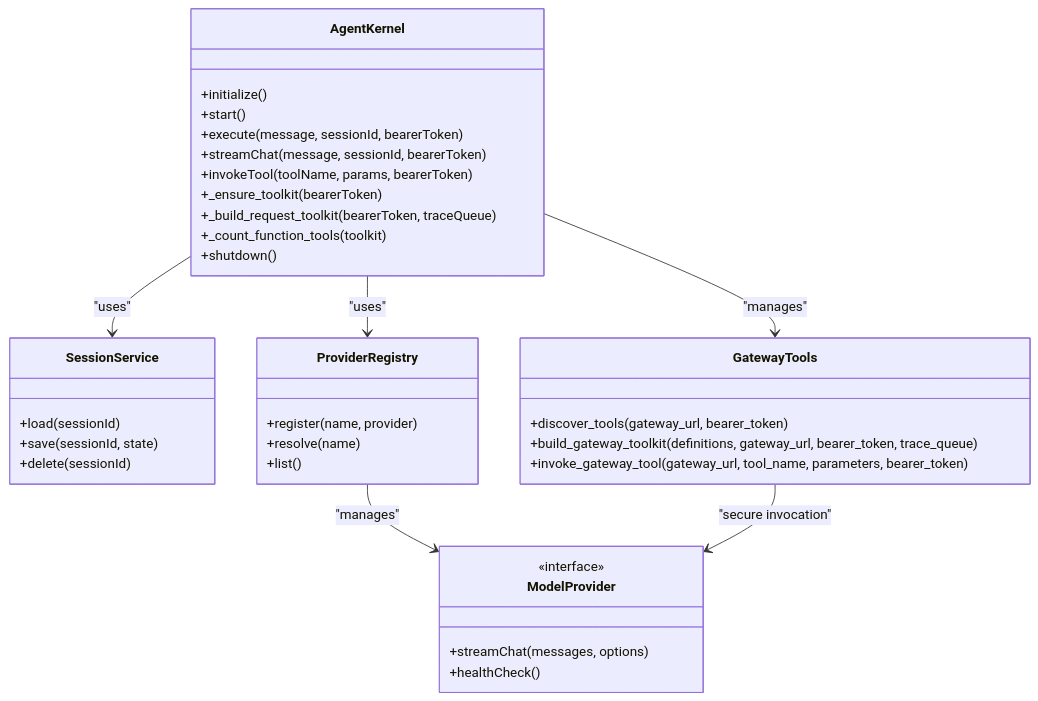
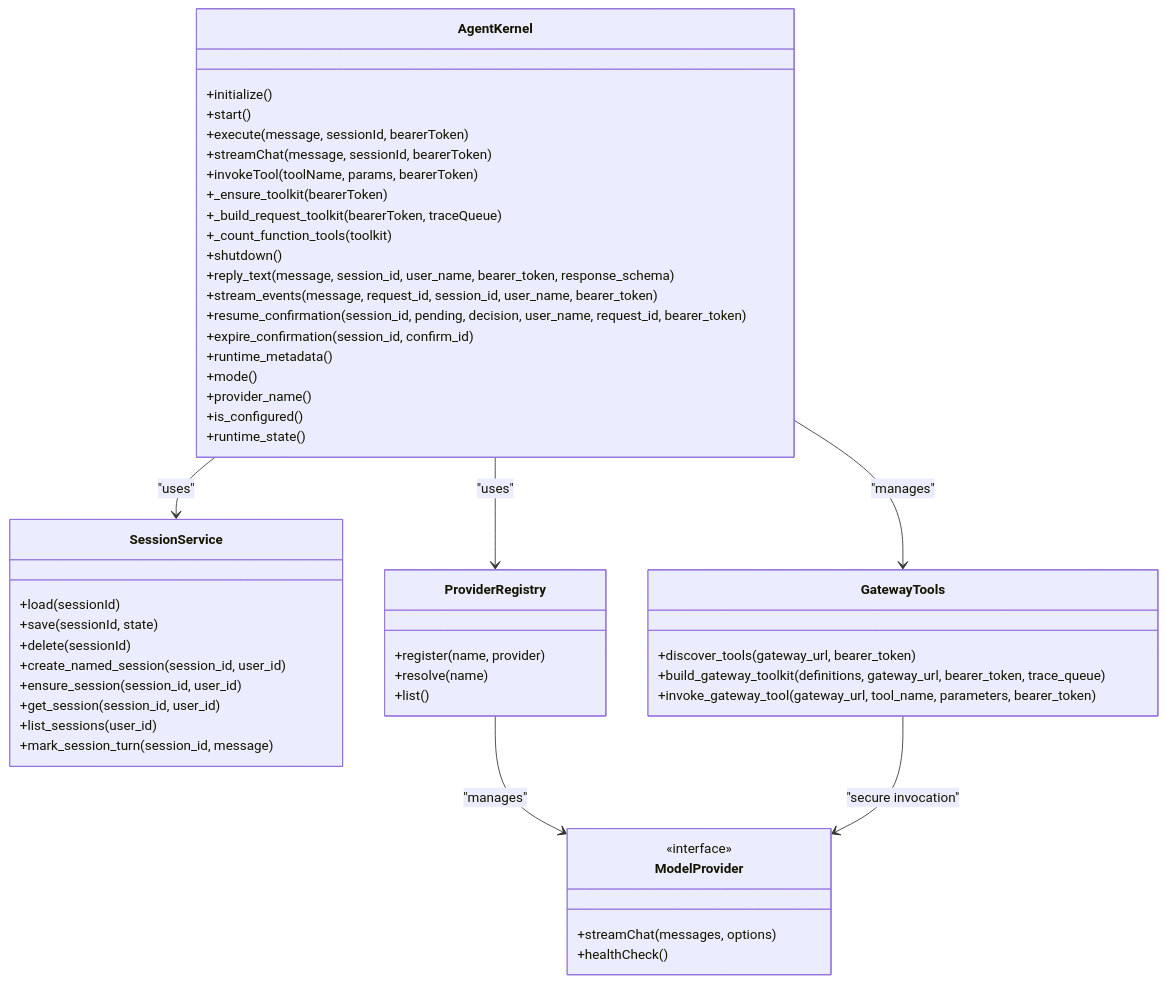
One commit to metasync/luban-aiops changed the third of 18 diagrams in .qoder/repowiki/en/content/Agent Platform Service/Agent Platform Service.md. Above: the diagram before and after it, drawn with Mermaid. The commit also changed other lines of this file and 33 other files, not shown here.

````diff
--- a/.qoder/repowiki/en/content/Agent Platform Service/Agent Platform Service.md
+++ b/.qoder/repowiki/en/content/Agent Platform Service/Agent Platform Service.md
@@ -250,39 +284,53 @@
 ```mermaid
 classDiagram
 class AgentKernel {
 +initialize()
 +start()
 +execute(message, sessionId, bearerToken)
 +streamChat(message, sessionId, bearerToken)
 +invokeTool(toolName, params, bearerToken)
 +_ensure_toolkit(bearerToken)
 +_build_request_toolkit(bearerToken, traceQueue)
 +_count_function_tools(toolkit)
 +shutdown()
++reply_text(message, session_id, user_name, bearer_token, response_schema)
++stream_events(message, request_id, session_id, user_name, bearer_token)
++resume_confirmation(session_id, pending, decision, user_name, request_id, bearer_token)
++expire_confirmation(session_id, confirm_id)
++runtime_metadata()
++mode()
++provider_name()
++is_configured()
++runtime_state()
 }
 class SessionService {
 +load(sessionId)
 +save(sessionId, state)
 +delete(sessionId)
++create_named_session(session_id, user_id)
++ensure_session(session_id, user_id)
++get_session(session_id, user_id)
++list_sessions(user_id)
++mark_session_turn(session_id, message)
 }
 class ProviderRegistry {
 +register(name, provider)
 +resolve(name)
 +list()
 }
 class ModelProvider {
 <<interface>>
 +streamChat(messages, options)
 +healthCheck()
 }
 class GatewayTools {
 +discover_tools(gateway_url, bearer_token)
 +build_gateway_toolkit(definitions, gateway_url, bearer_token, trace_queue)
 +invoke_gateway_tool(gateway_url, tool_name, parameters, bearer_token)
 }
 AgentKernel --> SessionService : "uses"
 AgentKernel --> ProviderRegistry : "uses"
 AgentKernel --> GatewayTools : "manages"
 ProviderRegistry --> ModelProvider : "manages"
 GatewayTools --> ModelProvider : "secure invocation"
 ```
````
